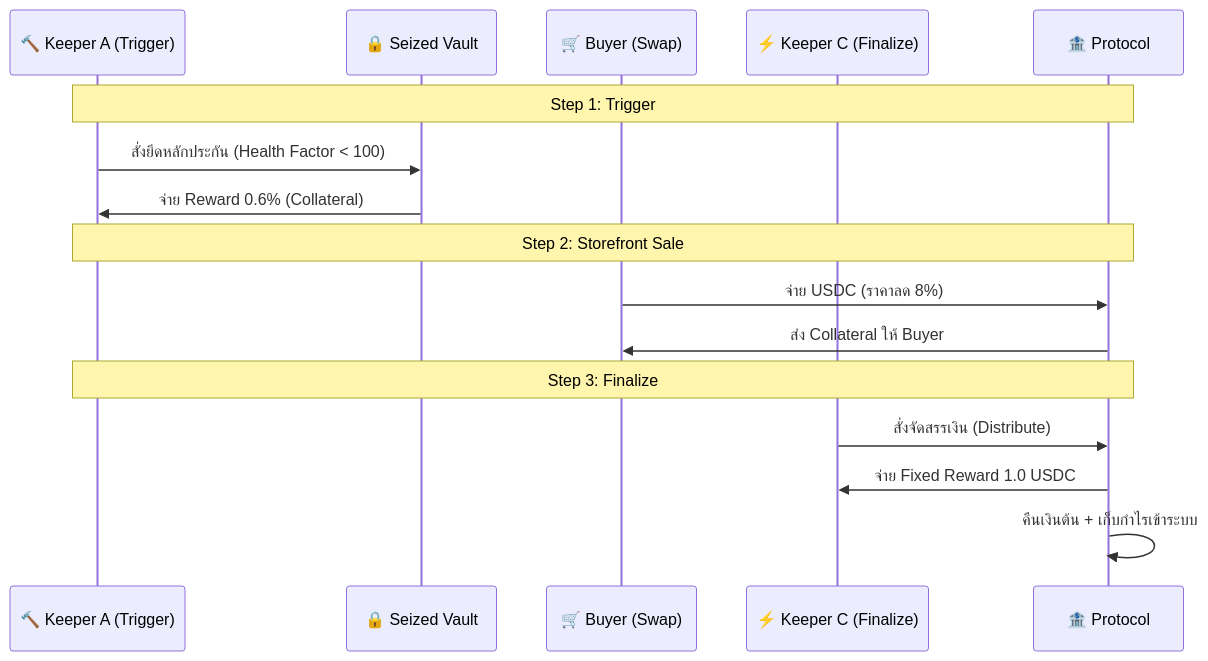
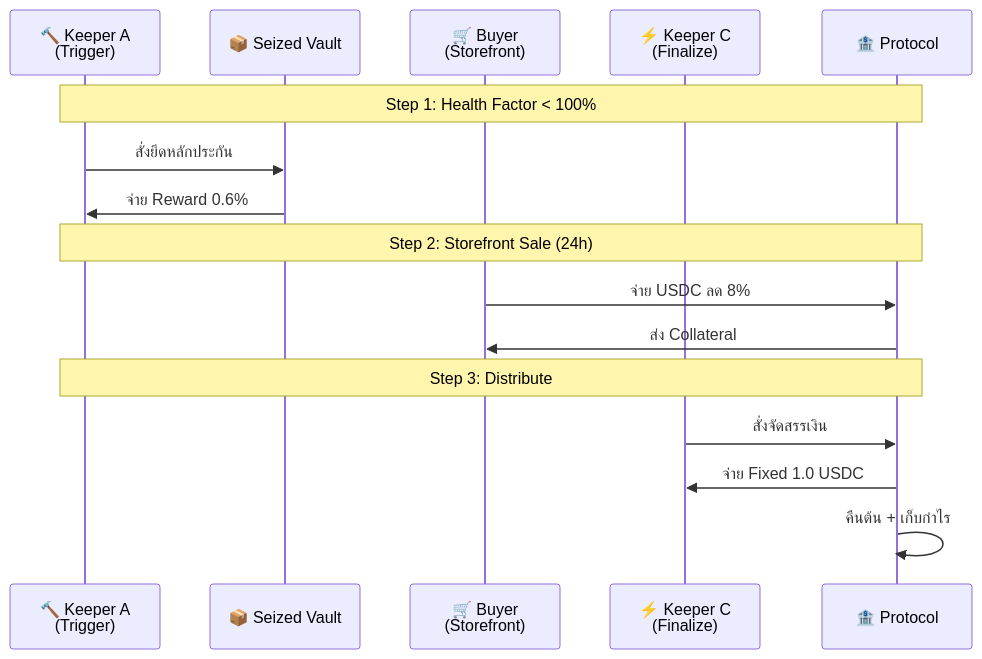
Before and after one commit to Amnat3232/ginva: the fourth of 4 diagrams in README.md, drawn with Mermaid. The commit also changed other lines of this file, not shown here.

````diff
--- a/README.md
+++ b/README.md
@@ -62,21 +82,21 @@
 ```mermaid
 sequenceDiagram
-    participant K1 as 🔨 Keeper A (Trigger)
-    participant V as 🔒 Seized Vault
-    participant B as 🛒 Buyer (Swap)
-    participant K3 as ⚡ Keeper C (Finalize)
+    participant K1 as 🔨 Keeper A<br/>(Trigger)
+    participant V as 📦 Seized Vault
+    participant B as 🛒 Buyer<br/>(Storefront)
+    participant K3 as ⚡ Keeper C<br/>(Finalize)
     participant P as 🏦 Protocol
 
-    Note over K1,P: Step 1: Trigger
-    K1->>V: สั่งยึดหลักประกัน (Health Factor < 100)
-    V->>K1: จ่าย Reward 0.6% (Collateral)
+    Note over K1,P: Step 1: Health Factor < 100%
+    K1->>V: สั่งยึดหลักประกัน
+    V->>K1: จ่าย Reward 0.6%
 
-    Note over K1,P: Step 2: Storefront Sale
-    B->>P: จ่าย USDC (ราคาลด 8%)
-    P->>B: ส่ง Collateral ให้ Buyer
+    Note over K1,P: Step 2: Storefront Sale (24h)
+    B->>P: จ่าย USDC ลด 8%
+    P->>B: ส่ง Collateral
 
-    Note over K1,P: Step 3: Finalize
-    K3->>P: สั่งจัดสรรเงิน (Distribute)
-    P->>K3: จ่าย Fixed Reward 1.0 USDC
-    P->>P: คืนเงินต้น + เก็บกำไรเข้าระบบ
+    Note over K1,P: Step 3: Distribute
+    K3->>P: สั่งจัดสรรเงิน
+    P->>K3: จ่าย Fixed 1.0 USDC
+    P->>P: คืนต้น + เก็บกำไร
 ```
````
